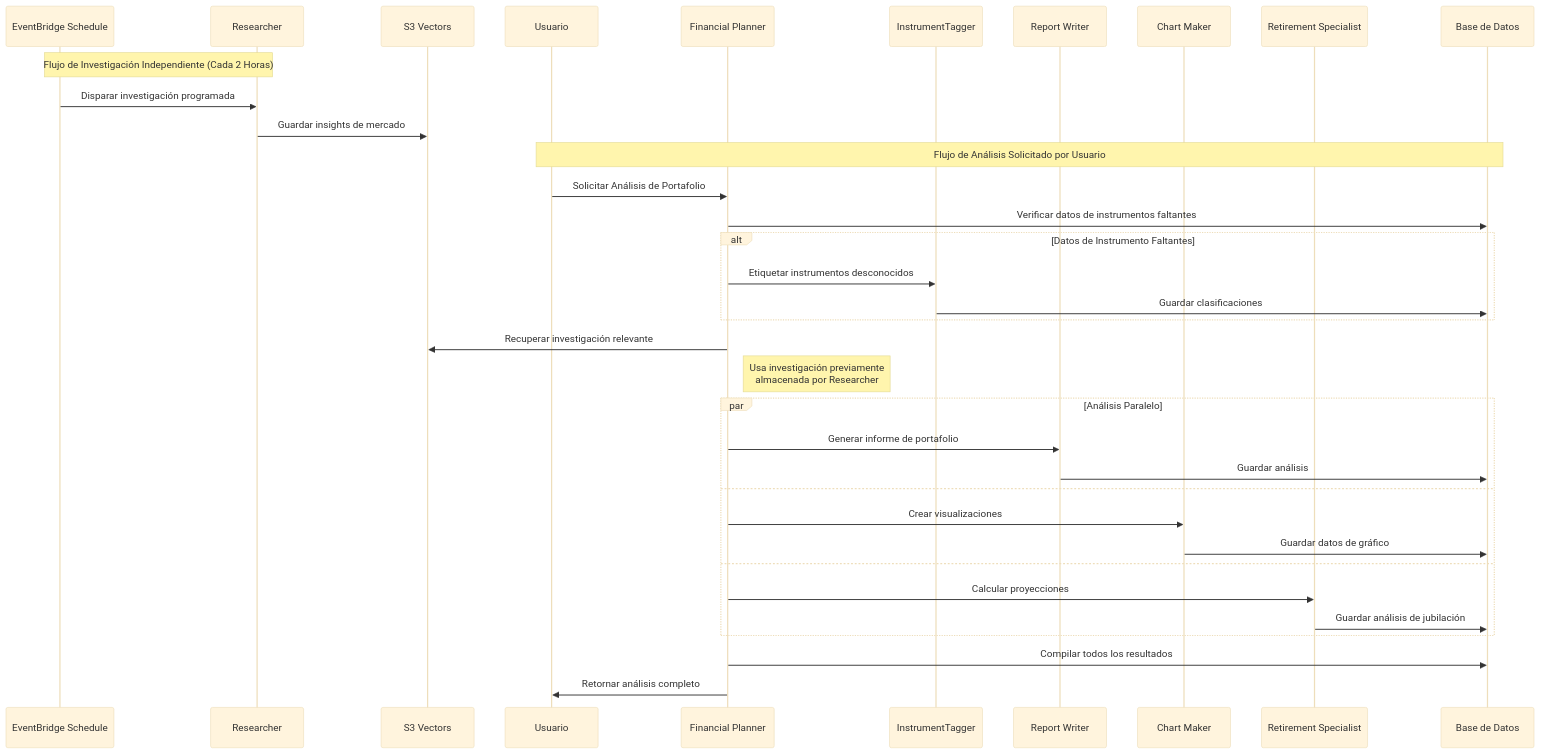
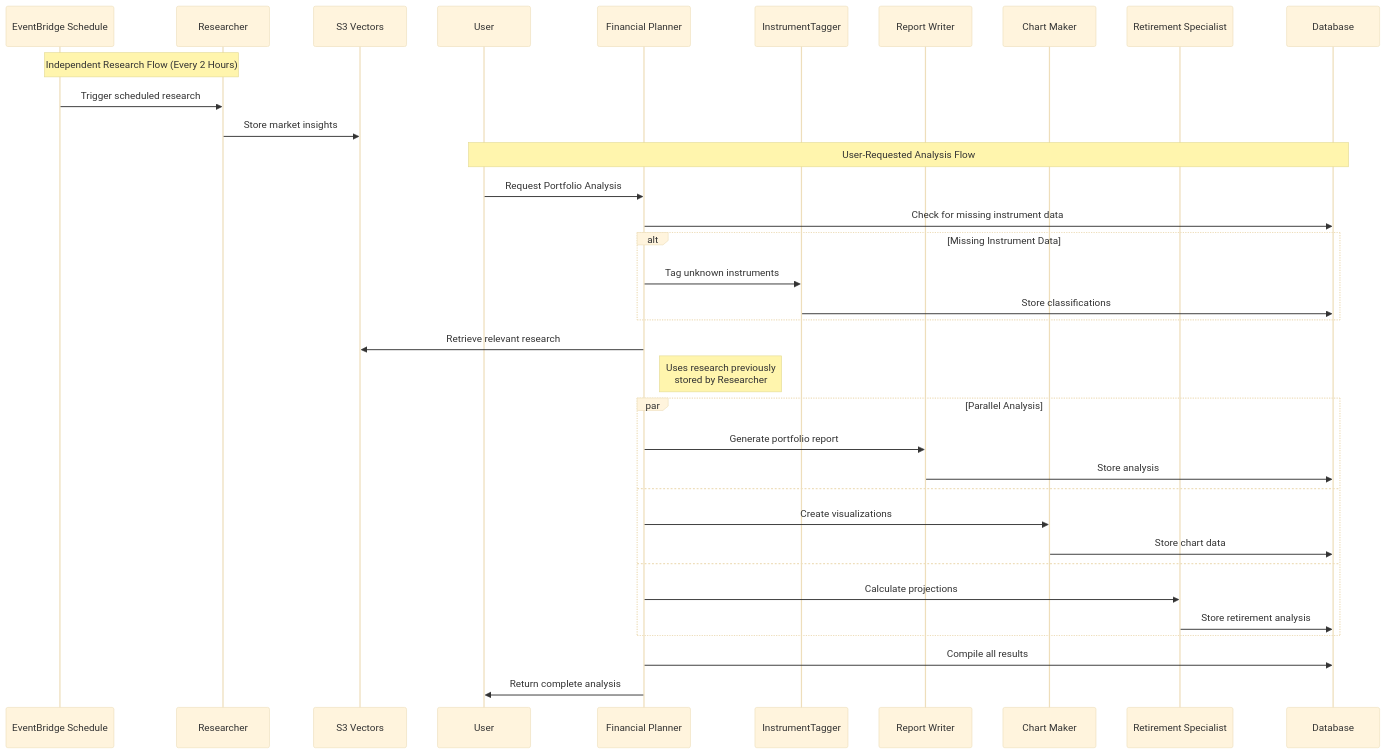
One commit to repson/agentic-learning-equities-explainer changed the second of 3 diagrams in guides/agent_architecture.md. Above: the diagram before and after it, drawn with Mermaid (base theme). The commit also changed other lines of this file and 14 other files, not shown here.

````diff
--- a/guides/agent_architecture.md
+++ b/guides/agent_architecture.md
@@ -99,43 +99,43 @@
 ```mermaid
 sequenceDiagram
     participant S as EventBridge Schedule
     participant Re as Researcher
     participant V as S3 Vectors
-    participant U as Usuario
+    participant U as User
     participant P as Financial Planner
     participant T as InstrumentTagger
     participant Rw as Report Writer
     participant C as Chart Maker
     participant Rt as Retirement Specialist
-    participant DB as Base de Datos
+    participant DB as Database
     
-    Note over S,Re: Flujo de Investigación Independiente (Cada 2 Horas)
-    S->>Re: Disparar investigación programada
-    Re->>V: Guardar insights de mercado
+    Note over S,Re: Independent Research Flow (Every 2 Hours)
+    S->>Re: Trigger scheduled research
+    Re->>V: Store market insights
     
-    Note over U,DB: Flujo de Análisis Solicitado por Usuario
-    U->>P: Solicitar Análisis de Portafolio
-    P->>DB: Verificar datos de instrumentos faltantes
+    Note over U,DB: User-Requested Analysis Flow
+    U->>P: Request Portfolio Analysis
+    P->>DB: Check for missing instrument data
     
-    alt Datos de Instrumento Faltantes
-        P->>T: Etiquetar instrumentos desconocidos
-        T->>DB: Guardar clasificaciones
+    alt Missing Instrument Data
+        P->>T: Tag unknown instruments
+        T->>DB: Store classifications
     end
     
-    P->>V: Recuperar investigación relevante
-    Note right of P: Usa investigación previamente<br/>almacenada por Researcher
+    P->>V: Retrieve relevant research
+    Note right of P: Uses research previously<br/>stored by Researcher
     
-    par Análisis Paralelo
-        P->>Rw: Generar informe de portafolio
-        Rw->>DB: Guardar análisis
+    par Parallel Analysis
+        P->>Rw: Generate portfolio report
+        Rw->>DB: Store analysis
     and
-        P->>C: Crear visualizaciones
-        C->>DB: Guardar datos de gráfico
+        P->>C: Create visualizations
+        C->>DB: Store chart data
     and
-        P->>Rt: Calcular proyecciones
-        Rt->>DB: Guardar análisis de jubilación
+        P->>Rt: Calculate projections
+        Rt->>DB: Store retirement analysis
     end
     
-    P->>DB: Compilar todos los resultados
-    P->>U: Retornar análisis completo
+    P->>DB: Compile all results
+    P->>U: Return complete analysis
 ```
````
